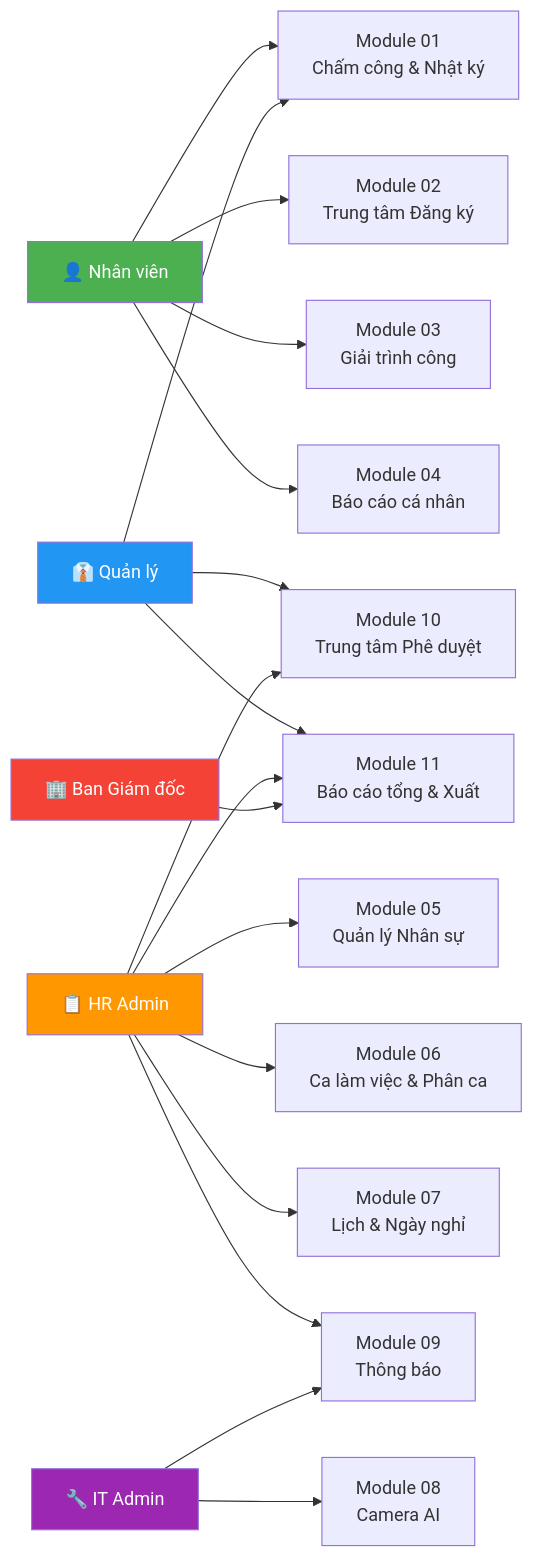
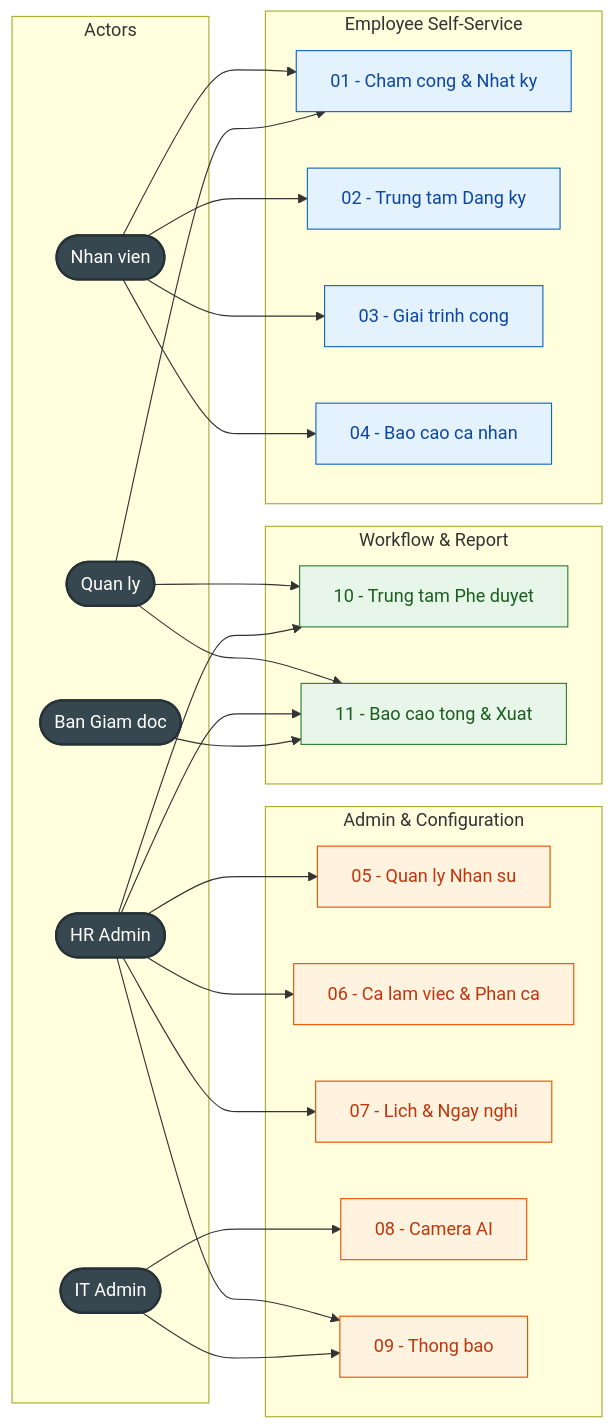
The diagram in outputs/mini-app-cham-cong/2.11-Mini-app/README.md (olbboy/ba-kit-antigravity), drawn with Mermaid before and after one commit. The commit also changed 11 other files, not shown here.

First line of the commit message:
fix: clean Confluence export artifacts and upgrade Mermaid diagrams

````diff
--- a/outputs/mini-app-cham-cong/2.11-Mini-app/README.md
+++ b/outputs/mini-app-cham-cong/2.11-Mini-app/README.md
@@ -97,32 +97,46 @@
 ```mermaid
 graph LR
-    NV["👤 Nhân viên"]
-    MGR["👔 Quản lý"]
-    HR["📋 HR Admin"]
-    IT["🔧 IT Admin"]
-    BGD["🏢 Ban Giám đốc"]
+    subgraph Actors
+        NV([Nhan vien])
+        MGR([Quan ly])
+        HR([HR Admin])
+        IT([IT Admin])
+        BGD([Ban Giam doc])
+    end
 
-    M01["Module 01<br/>Chấm công & Nhật ký"]
-    M02["Module 02<br/>Trung tâm Đăng ký"]
-    M03["Module 03<br/>Giải trình công"]
-    M04["Module 04<br/>Báo cáo cá nhân"]
-    M05["Module 05<br/>Quản lý Nhân sự"]
-    M06["Module 06<br/>Ca làm việc & Phân ca"]
-    M07["Module 07<br/>Lịch & Ngày nghỉ"]
-    M08["Module 08<br/>Camera AI"]
-    M09["Module 09<br/>Thông báo"]
-    M10["Module 10<br/>Trung tâm Phê duyệt"]
-    M11["Module 11<br/>Báo cáo tổng & Xuất"]
+    subgraph ESS["Employee Self-Service"]
+        M01[01 - Cham cong & Nhat ky]
+        M02[02 - Trung tam Dang ky]
+        M03[03 - Giai trinh cong]
+        M04[04 - Bao cao ca nhan]
+    end
+
+    subgraph Admin["Admin & Configuration"]
+        M05[05 - Quan ly Nhan su]
+        M06[06 - Ca lam viec & Phan ca]
+        M07[07 - Lich & Ngay nghi]
+        M08[08 - Camera AI]
+        M09[09 - Thong bao]
+    end
+
+    subgraph Workflow["Workflow & Report"]
+        M10[10 - Trung tam Phe duyet]
+        M11[11 - Bao cao tong & Xuat]
+    end
 
     NV --> M01 & M02 & M03 & M04
     MGR --> M01 & M10 & M11
     HR --> M05 & M06 & M07 & M09 & M10 & M11
     IT --> M08 & M09
     BGD --> M11
 
-    style NV fill:#4CAF50,color:#fff
-    style MGR fill:#2196F3,color:#fff
-    style HR fill:#FF9800,color:#fff
-    style IT fill:#9C27B0,color:#fff
-    style BGD fill:#F44336,color:#fff
+    classDef actor fill:#37474F,color:#fff,stroke:#263238,stroke-width:2px
+    classDef ess fill:#E3F2FD,stroke:#1565C0,color:#0D47A1
+    classDef admin fill:#FFF3E0,stroke:#E65100,color:#BF360C
+    classDef wf fill:#E8F5E9,stroke:#2E7D32,color:#1B5E20
+
+    class NV,MGR,HR,IT,BGD actor
+    class M01,M02,M03,M04 ess
+    class M05,M06,M07,M08,M09 admin
+    class M10,M11 wf
 ```
````
